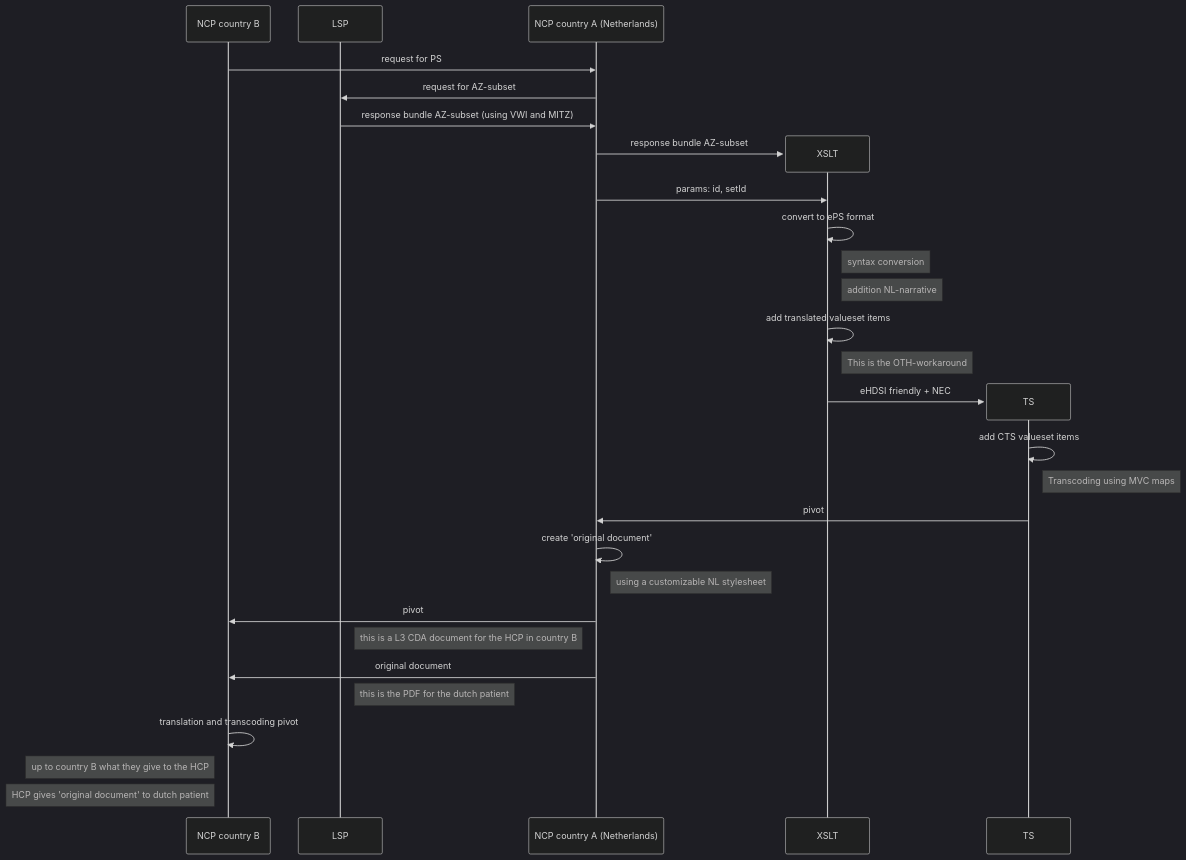
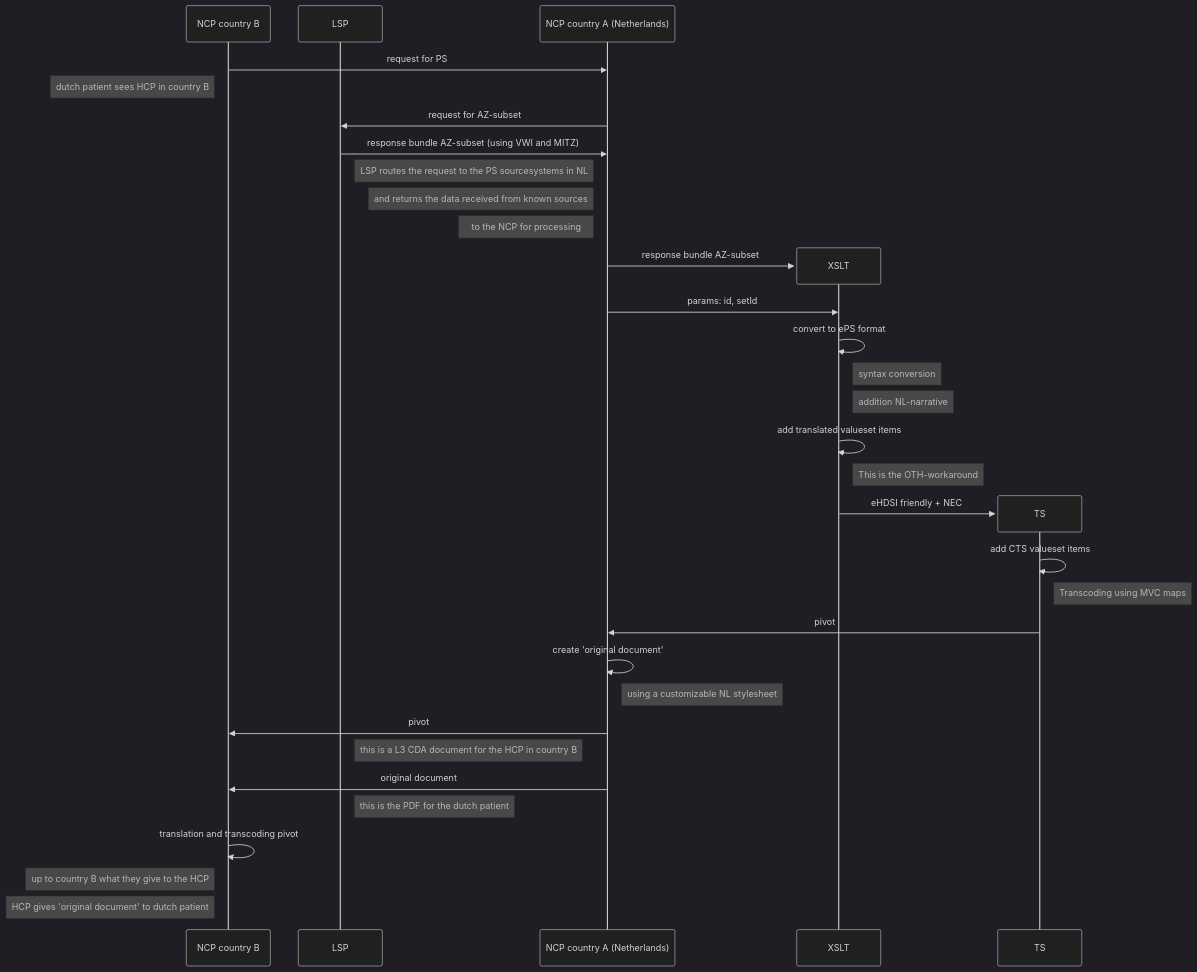
One commit to Duometis/overbrugging changed the diagram in plaatjes.md. Above: the diagram before and after it, drawn with Mermaid (dark theme).

````diff
--- a/plaatjes.md
+++ b/plaatjes.md
@@ -3,39 +3,41 @@
 ```mermaid
 sequenceDiagram
 
 participant B as NCP country B
 participant C as LSP
 participant A as NCP country A (Netherlands)
 
 B->>A: request for PS
+Note left of B: dutch patient sees HCP in country B
 A->>C: request for AZ-subset
 C->>A: response bundle AZ-subset (using VWI and MITZ)
-
+Note left of A: LSP routes the request to the PS sourcesystems in NL
+Note left of A: and returns the data received from known sources
+Note left of A: to the NCP for processing
 create participant XSLT
-
  
     A->>XSLT: response bundle AZ-subset
 
     A->>XSLT: params: id, setId
   
     XSLT->>XSLT: convert to ePS format
 Note right of XSLT: syntax conversion
 Note right of XSLT: addition NL-narrative
     XSLT->>XSLT: add translated valueset items
 Note right of XSLT: This is the OTH-workaround
   create participant TS
     XSLT->>TS : eHDSI friendly + NEC 
    TS->>TS: add CTS valueset items
 Note right of TS: Transcoding using MVC maps
     TS->>A: pivot
 A->>A: create 'original document'
 Note right of A: using a customizable NL stylesheet 
 A->>B: pivot
 Note right of C: this is a L3 CDA document for the HCP in country B
 A->>B: original document
 Note right of C: this is the PDF for the dutch patient
 B->>B: translation and transcoding pivot
 Note left of B: up to country B what they give to the HCP
 Note left of B: HCP gives 'original document' to dutch patient
 
 ```
````
